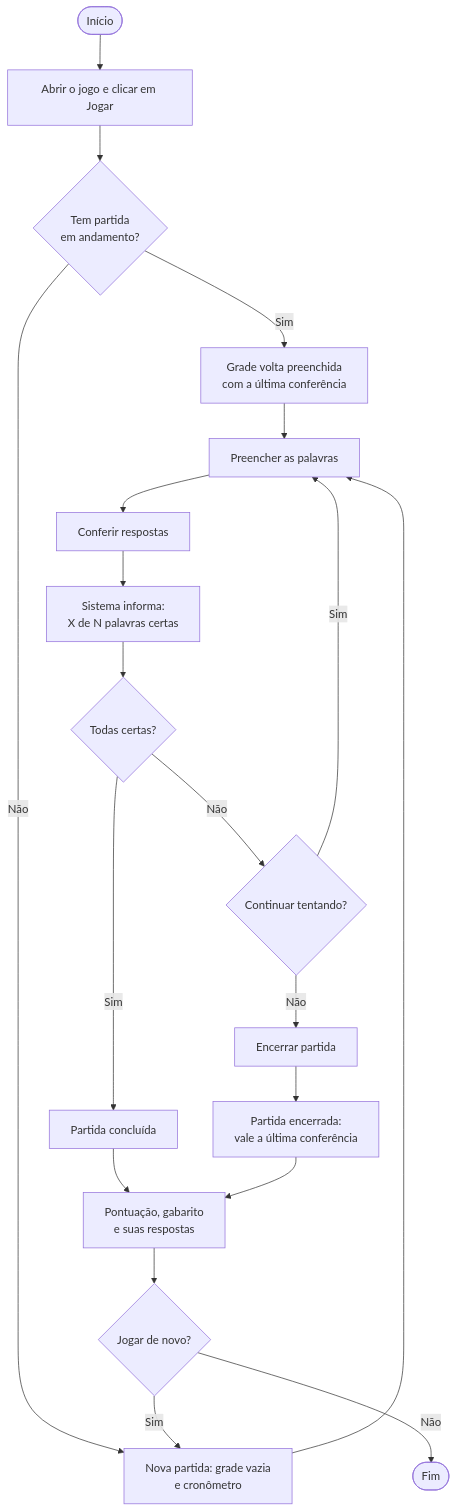
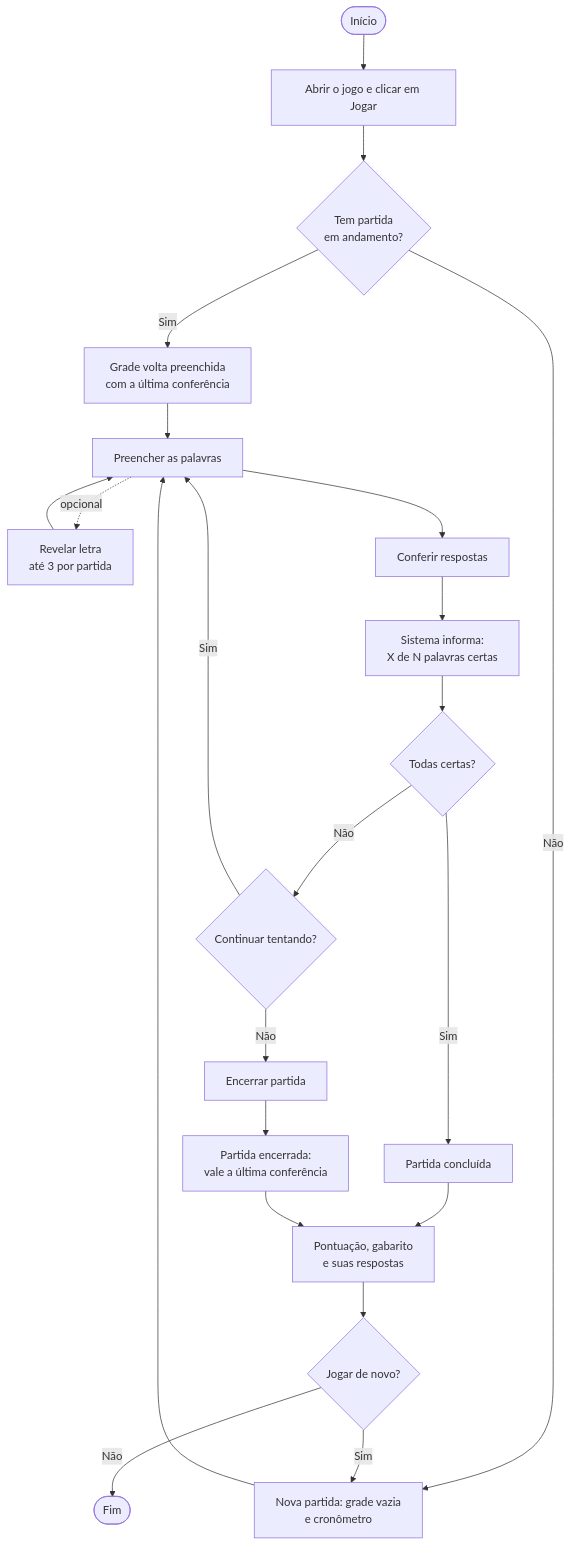
The third of 5 diagrams in docs/manuais/manual-usuario.md (marceloareas/PalavrasCruzadas), drawn with Mermaid before and after one commit. The commit also changed other lines of this file and 42 other files, not shown here.

First line of the commit message:
feat: dica "revelar letra" na partida (RN20)

````diff
--- a/docs/manuais/manual-usuario.md
+++ b/docs/manuais/manual-usuario.md
@@ -271,22 +271,24 @@
 ```mermaid
 flowchart TD
     A([Início]) --> B[Abrir o jogo e clicar em Jogar]
     B --> C{Tem partida<br/>em andamento?}
     C -- Sim --> D[Grade volta preenchida<br/>com a última conferência]
     C -- Não --> E[Nova partida: grade vazia<br/>e cronômetro]
     D --> F[Preencher as palavras]
+    F -. opcional .-> Q[Revelar letra<br/>até 3 por partida]
+    Q --> F
     E --> F
     F --> G[Conferir respostas]
     G --> H["Sistema informa:<br/>X de N palavras certas"]
     H --> I{Todas certas?}
     I -- Sim --> K[Partida concluída]
     I -- Não --> J{Continuar tentando?}
     J -- Sim --> F
     J -- Não --> L[Encerrar partida]
     L --> M[Partida encerrada:<br/>vale a última conferência]
     K --> N[Pontuação, gabarito<br/>e suas respostas]
     M --> N
     N --> O{Jogar de novo?}
     O -- Sim --> E
     O -- Não --> P([Fim])
 ```
````
